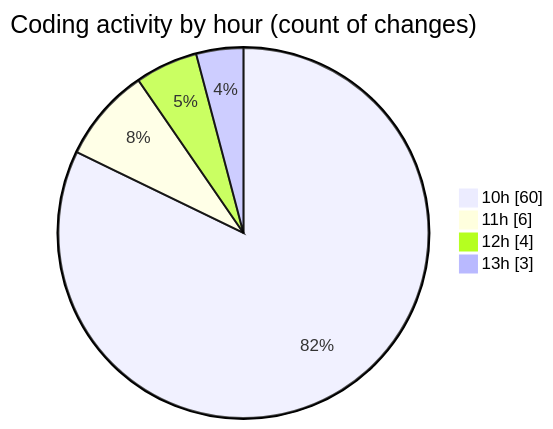
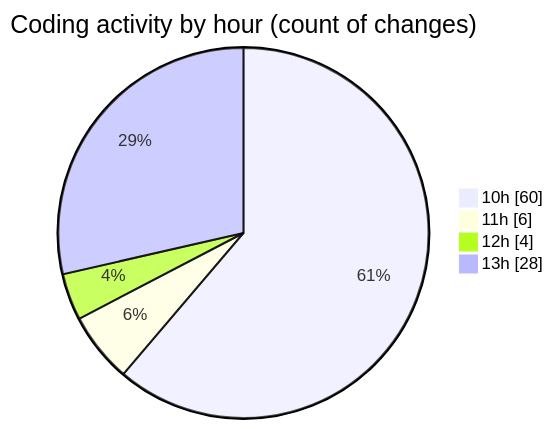
One commit to momahboobian/code-tracking changed the second of 2 diagrams in 2026-06-18/cda/README.md. Above: the diagram before and after it, drawn with Mermaid. The commit also changed other lines of this file and 1 other file, not shown here.

````diff
--- a/2026-06-18/cda/README.md
+++ b/2026-06-18/cda/README.md
@@ -66,8 +67,8 @@
 ```mermaid
 pie showData
 title Coding activity by hour (count of changes)
 "10h" : 60
 "11h" : 6
 "12h" : 4
-"13h" : 3
+"13h" : 28
 ```
````
